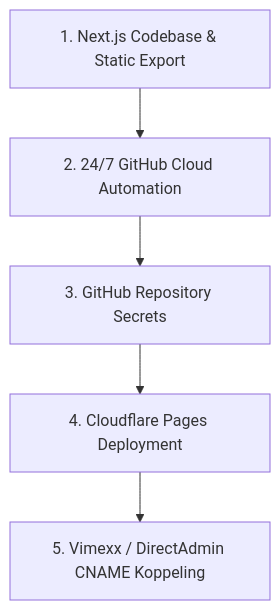
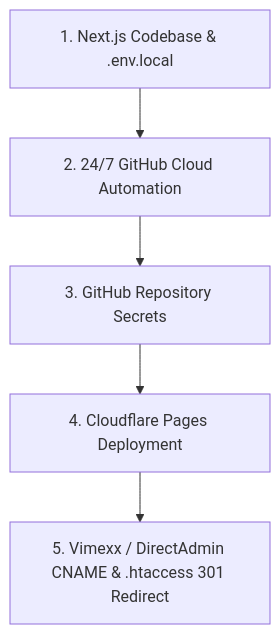
The diagram in CLOUDFLARE_PAGES_AUTOPILOT_BLUEPRINT.md (BitbloXWebdesign/deautokampeerder), drawn with Mermaid before and after one commit. The commit also changed other lines of this file, not shown here.

````diff
--- a/CLOUDFLARE_PAGES_AUTOPILOT_BLUEPRINT.md
+++ b/CLOUDFLARE_PAGES_AUTOPILOT_BLUEPRINT.md
@@ -9,7 +9,7 @@
 ```mermaid
 graph TD
-    A[1. Next.js Codebase & Static Export] --> B[2. 24/7 GitHub Cloud Automation]
+    A[1. Next.js Codebase & .env.local] --> B[2. 24/7 GitHub Cloud Automation]
     B --> C[3. GitHub Repository Secrets]
     C --> D[4. Cloudflare Pages Deployment]
-    D --> E[5. Vimexx / DirectAdmin CNAME Koppeling]
+    D --> E[5. Vimexx / DirectAdmin CNAME & .htaccess 301 Redirect]
 ```
````
